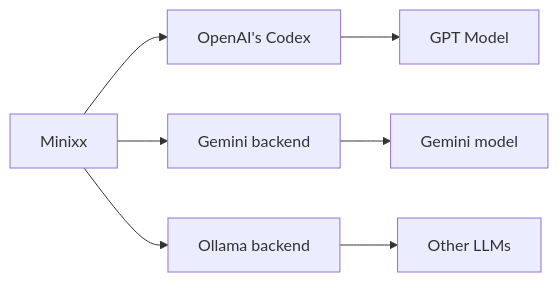
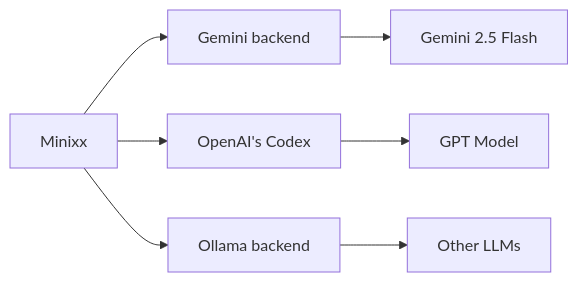
Before and after one commit to mtov/minixx: the first of 4 diagrams in README.md, drawn with Mermaid. The commit also changed other lines of this file, not shown here.

Commit message:
docs: make Gemini the default backend in README

````diff
--- a/README.md
+++ b/README.md
@@ -80,9 +80,9 @@
 ```mermaid
 flowchart LR
+    Minixx --> Gemini["Gemini backend"]
+    Gemini --> GoogleModel["Gemini 2.5 Flash"]
     Minixx --> Codex["OpenAI's Codex"]
     Codex --> GPT["GPT Model"]
-    Minixx --> Gemini["Gemini backend"]
-    Gemini --> GoogleModel["Gemini model"]
     Minixx --> Ollama["Ollama backend"]
     Ollama --> Other["Other LLMs"]
 ```
````
